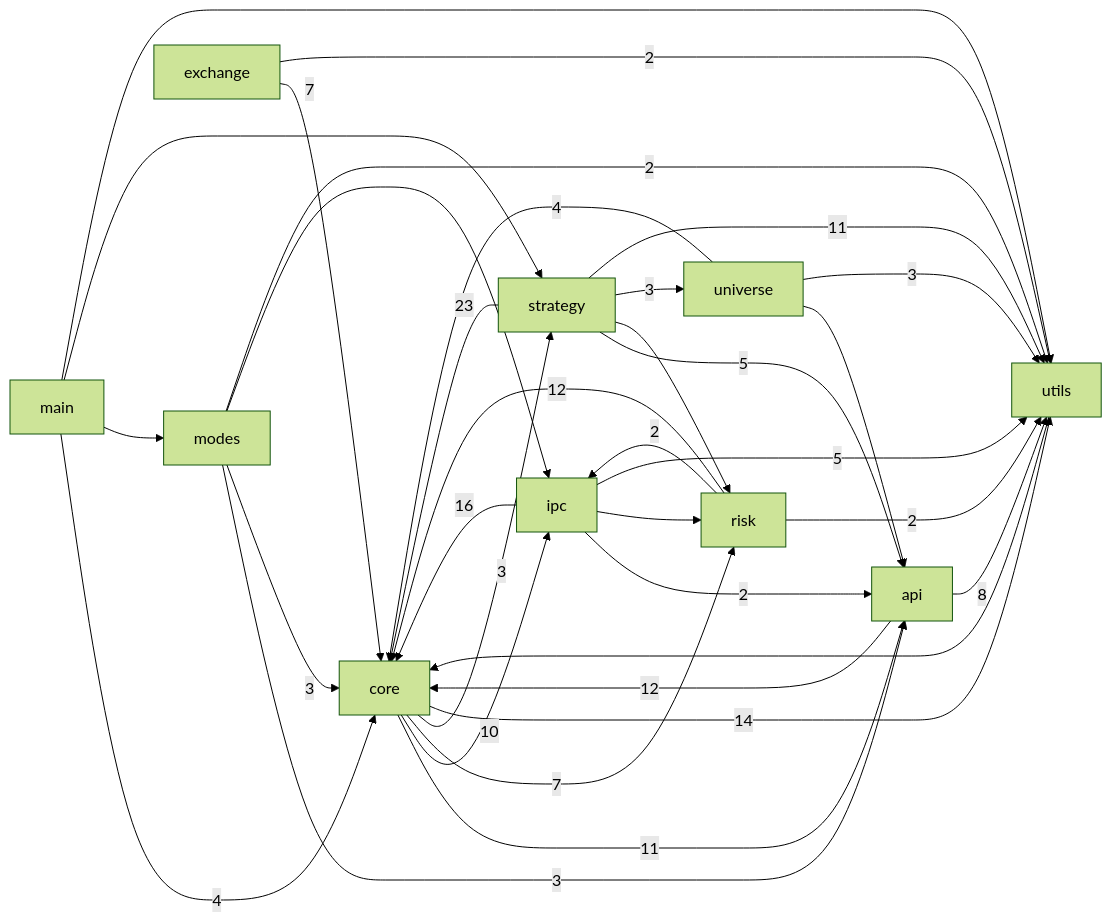
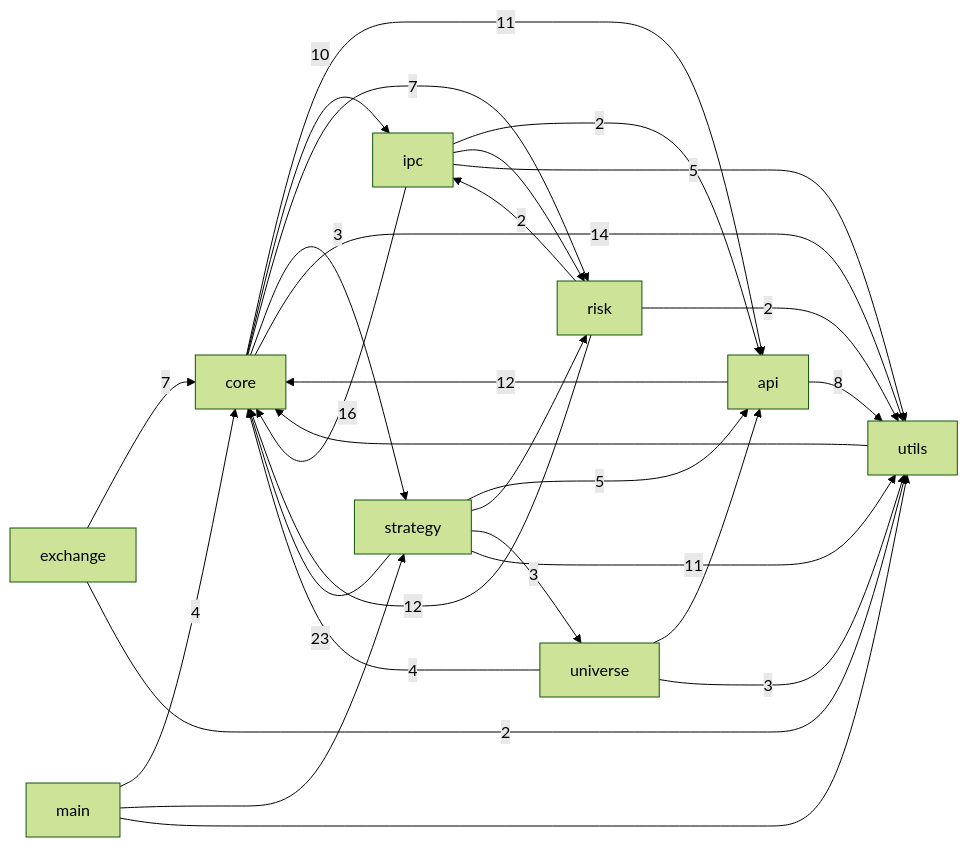
One commit to pypy8171/Quant changed the first of 3 diagrams in docs/CODE_GRAPH.md. Above: the diagram before and after it, drawn with Mermaid (forest theme). The commit also changed other lines of this file and 33 other files, not shown here.

````diff
--- a/docs/CODE_GRAPH.md
+++ b/docs/CODE_GRAPH.md
@@ -10,46 +10,40 @@
 ```mermaid
 graph LR
   main[main]
-  modes[modes]
   core[core]
   strategy[strategy]
   api[api]
   universe[universe]
   risk[risk]
   ipc[ipc]
   utils[utils]
   exchange[exchange]
   api -->|12| core
   api -->|8| utils
   core -->|11| api
   core -->|10| ipc
   core -->|7| risk
   core -->|3| strategy
   core -->|14| utils
   exchange -->|7| core
   exchange -->|2| utils
   ipc -->|2| api
   ipc -->|16| core
   ipc --> risk
   ipc -->|5| utils
   main -->|4| core
-  main --> modes
   main --> strategy
   main --> utils
-  modes -->|3| api
-  modes -->|3| core
-  modes --> ipc
-  modes -->|2| utils
   risk -->|12| core
   risk -->|2| ipc
   risk -->|2| utils
   strategy -->|5| api
   strategy -->|23| core
   strategy --> risk
   strategy -->|3| universe
   strategy -->|11| utils
   universe --> api
   universe -->|4| core
   universe -->|3| utils
   utils --> core
 ```
````
